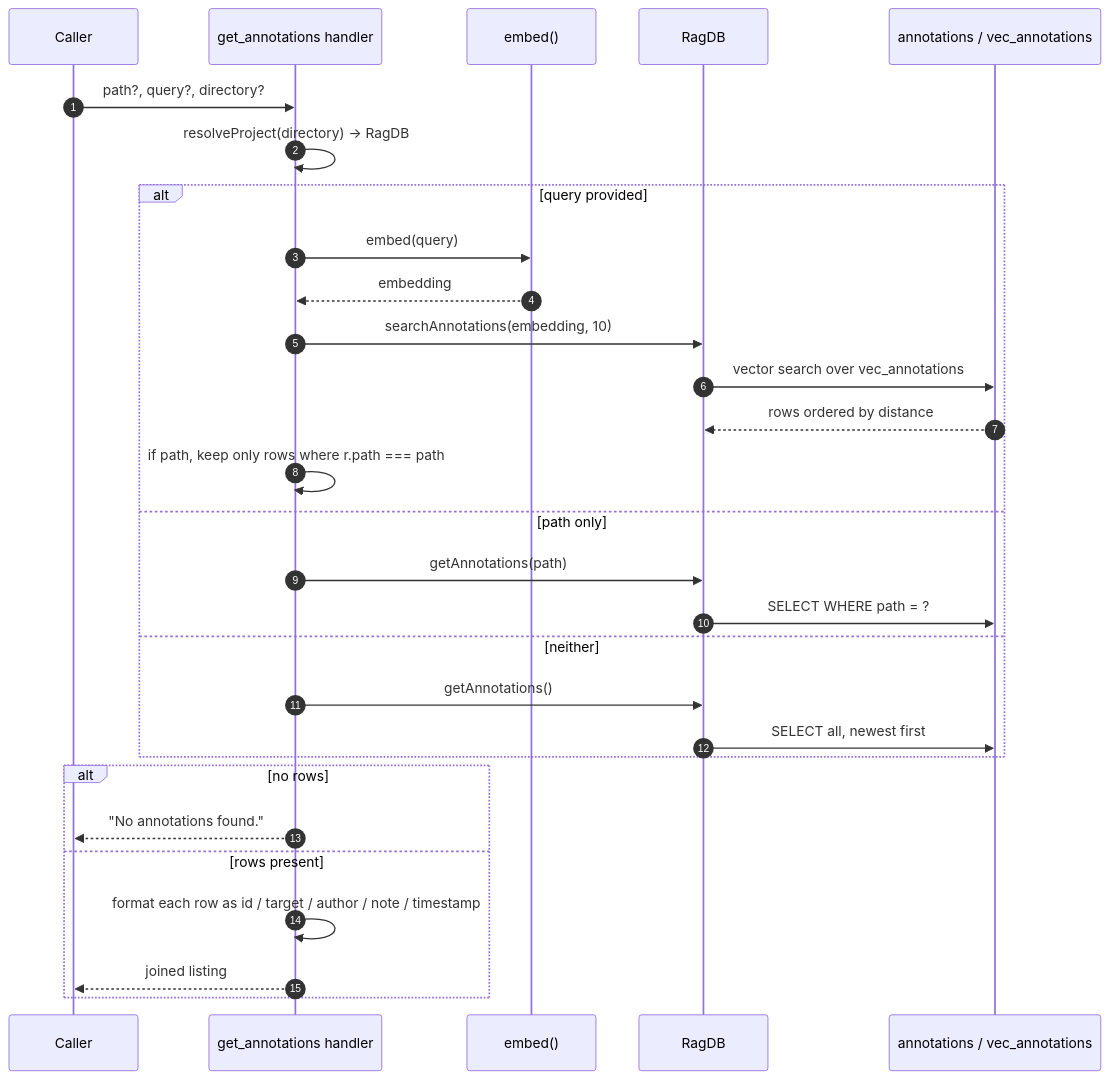
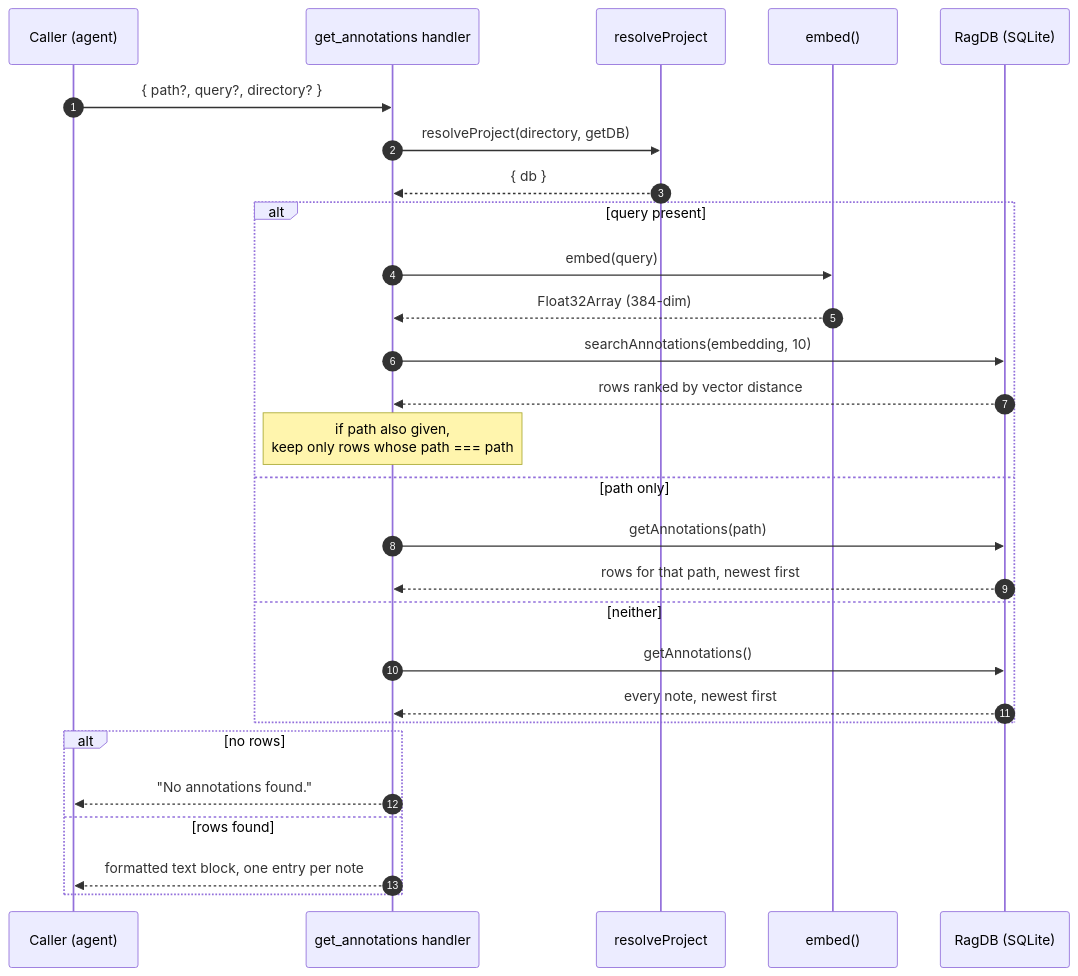
The diagram in wiki/tools/get-annotations.md (TheWinci/mimirs), drawn with Mermaid before and after one commit. The commit also changed other lines of this file and 51 other files, not shown here.

````diff
--- a/wiki/tools/get-annotations.md
+++ b/wiki/tools/get-annotations.md
@@ -9,32 +13,31 @@
 ```mermaid
 sequenceDiagram
-  autonumber
-  participant Caller
-  participant Tool as get_annotations handler
-  participant Embed as embed()
-  participant DB as RagDB
-  participant SQLite as annotations / vec_annotations
+    autonumber
+    participant Caller as Caller (agent)
+    participant Tool as get_annotations handler
+    participant Project as resolveProject
+    participant Embed as embed()
+    participant DB as RagDB (SQLite)
 
-  Caller->>Tool: path?, query?, directory?
-  Tool->>Tool: resolveProject(directory) -> RagDB
-  alt query provided
-    Tool->>Embed: embed(query)
-    Embed-->>Tool: embedding
-    Tool->>DB: searchAnnotations(embedding, 10)
-    DB->>SQLite: vector search over vec_annotations
-    SQLite-->>DB: rows ordered by distance
-    Tool->>Tool: if path, keep only rows where r.path === path
-  else path only
-    Tool->>DB: getAnnotations(path)
-    DB->>SQLite: SELECT WHERE path = ?
-  else neither
-    Tool->>DB: getAnnotations()
-    DB->>SQLite: SELECT all, newest first
-  end
-  alt no rows
-    Tool-->>Caller: "No annotations found."
-  else rows present
-    Tool->>Tool: format each row as id / target / author / note / timestamp
-    Tool-->>Caller: joined listing
-  end
+    Caller->>Tool: { path?, query?, directory? }
+    Tool->>Project: resolveProject(directory, getDB)
+    Project-->>Tool: { db }
+    alt query present
+        Tool->>Embed: embed(query)
+        Embed-->>Tool: Float32Array (384-dim)
+        Tool->>DB: searchAnnotations(embedding, 10)
+        DB-->>Tool: rows ranked by vector distance
+        Note over Tool: if path also given,<br>keep only rows whose path === path
+    else path only
+        Tool->>DB: getAnnotations(path)
+        DB-->>Tool: rows for that path, newest first
+    else neither
+        Tool->>DB: getAnnotations()
+        DB-->>Tool: every note, newest first
+    end
+    alt no rows
+        Tool-->>Caller: "No annotations found."
+    else rows found
+        Tool-->>Caller: formatted text block, one entry per note
+    end
 ```
````
